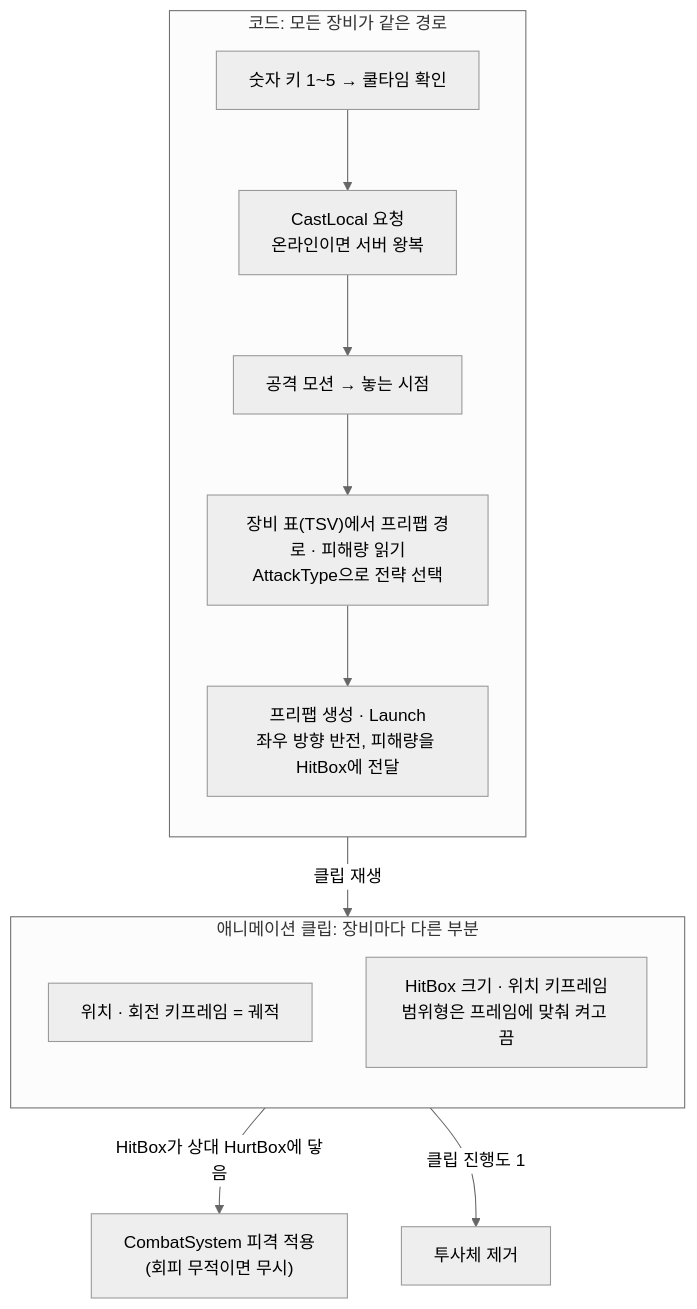
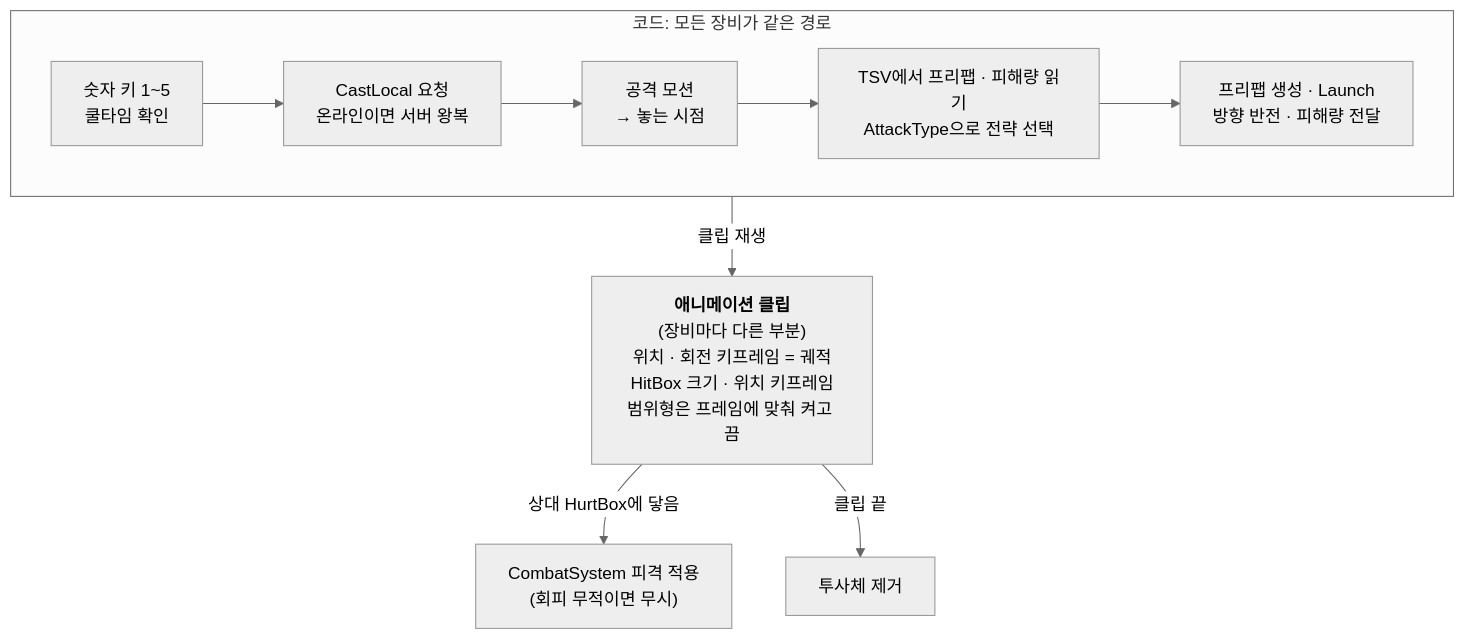
One commit to Gryphon34/portfolio-template changed the fifth of 7 diagrams in src/1-yggdrasil/기술문서.md. Above: the diagram before and after it, drawn with Mermaid. The commit also changed other lines of this file and 25 other files, not shown here.

````diff
--- a/src/1-yggdrasil/기술문서.md
+++ b/src/1-yggdrasil/기술문서.md
@@ -414,21 +422,15 @@
 ```mermaid
 %%{init: {'theme':'neutral'}}%%
 flowchart TB
     subgraph CODE["코드: 모든 장비가 같은 경로"]
-        direction TB
-        K["숫자 키 1~5 → 쿨타임 확인"] --> R["CastLocal 요청<br/>온라인이면 서버 왕복"]
-        R --> M["공격 모션 → 놓는 시점"]
-        M --> T["장비 표(TSV)에서 프리팹 경로 · 피해량 읽기<br/>AttackType으로 전략 선택"]
-        T --> L["프리팹 생성 · Launch<br/>좌우 방향 반전, 피해량을 HitBox에 전달"]
+        direction LR
+        K["숫자 키 1~5<br/>쿨타임 확인"] --> R["CastLocal 요청<br/>온라인이면 서버 왕복"]
+        R --> M["공격 모션<br/>→ 놓는 시점"]
+        M --> T["TSV에서 프리팹 · 피해량 읽기<br/>AttackType으로 전략 선택"]
+        T --> L["프리팹 생성 · Launch<br/>방향 반전 · 피해량 전달"]
     end
 
-    subgraph CLIP["애니메이션 클립: 장비마다 다른 부분"]
-        direction TB
-        P["위치 · 회전 키프레임 = 궤적"]
-        H["HitBox 크기 · 위치 키프레임<br/>범위형은 프레임에 맞춰 켜고 끔"]
-    end
-
-    L -->|클립 재생| CLIP
-    CLIP -->|HitBox가 상대 HurtBox에 닿음| D["CombatSystem 피격 적용<br/>(회피 무적이면 무시)"]
-    CLIP -->|클립 진행도 1| X["투사체 제거"]
+    CODE -->|클립 재생| CLIP["<b>애니메이션 클립</b><br/>(장비마다 다른 부분)<br/>위치 · 회전 키프레임 = 궤적<br/>HitBox 크기 · 위치 키프레임<br/>범위형은 프레임에 맞춰 켜고 끔"]
+    CLIP -->|상대 HurtBox에 닿음| D["CombatSystem 피격 적용<br/>(회피 무적이면 무시)"]
+    CLIP -->|클립 끝| X["투사체 제거"]
 ```
````
